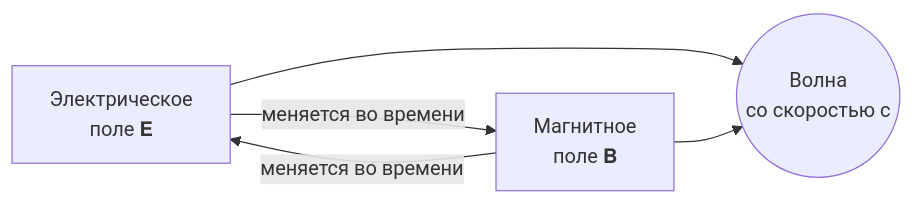
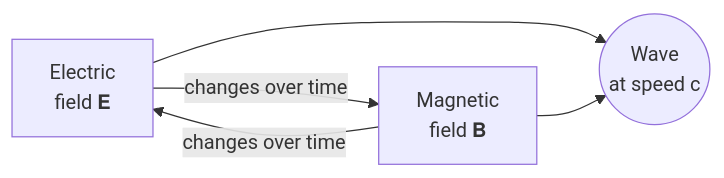
The first of 3 diagrams in examples/science.md (Kseen715/md2pdfX), drawn with Mermaid before and after one commit. The commit also changed other lines of this file and 25 other files, not shown here.

````diff
--- a/examples/science.md
+++ b/examples/science.md
@@ -41,6 +41,6 @@
 ```mermaid
 flowchart LR
-    E["Электрическое<br/>поле 𝐄"] -- "меняется во времени" --> B["Магнитное<br/>поле 𝐁"]
-    B -- "меняется во времени" --> E
-    E & B --> W(("Волна<br/>со скоростью c"))
+    E["Electric<br/>field 𝐄"] -- "changes over time" --> B["Magnetic<br/>field 𝐁"]
+    B -- "changes over time" --> E
+    E & B --> W(("Wave<br/>at speed c"))
 ```
````
